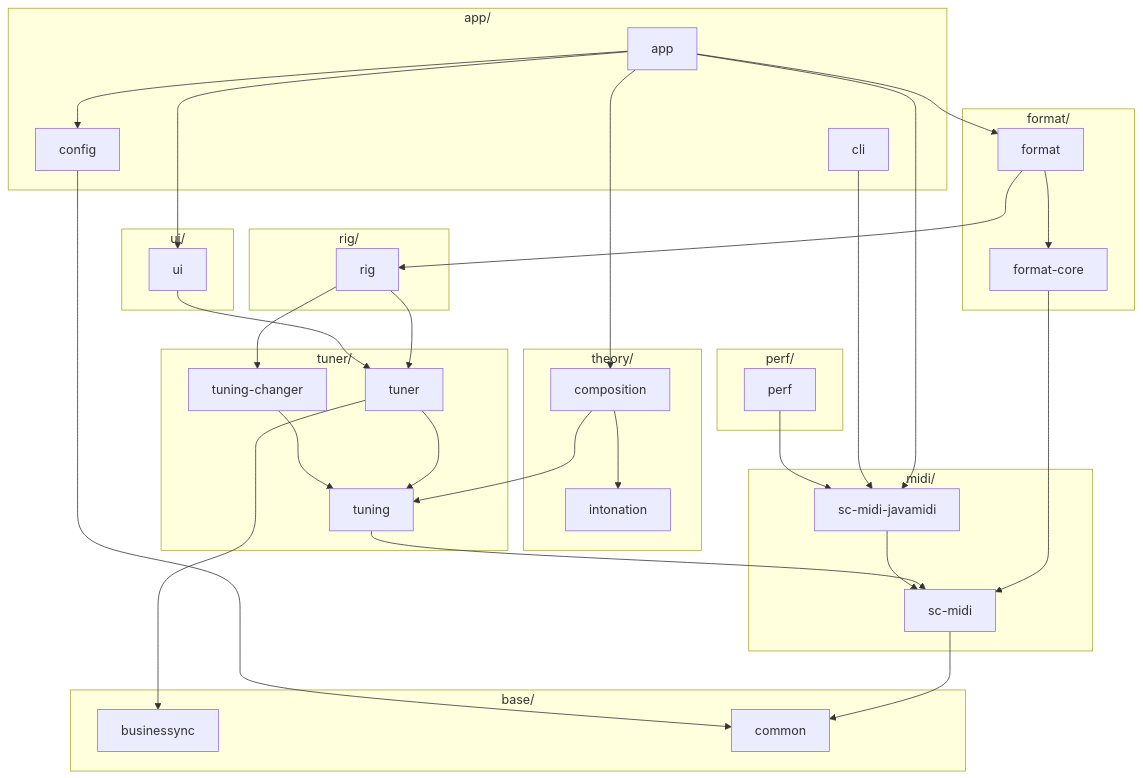
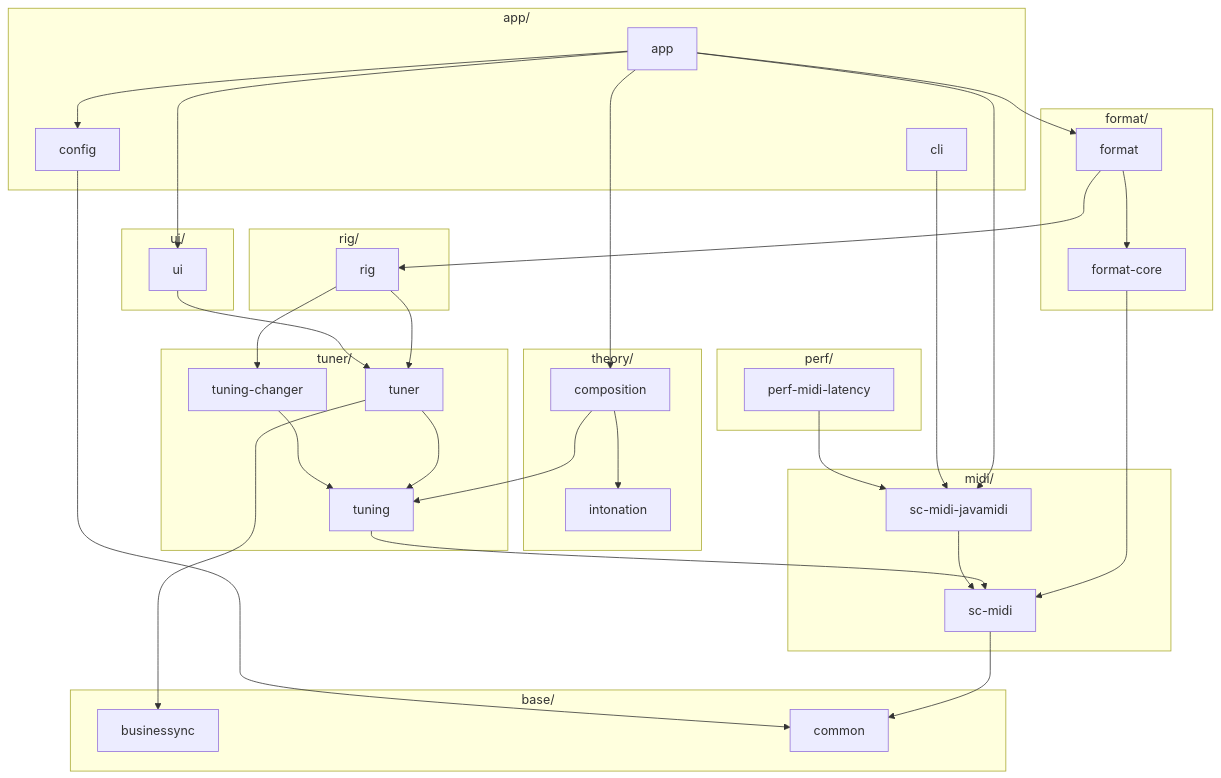
One commit to calinburloiu/microtonalist changed the diagram in docs/architecture/module-overview.md. Above: the diagram before and after it, drawn with Mermaid. The commit also changed other lines of this file and 168 other files, not shown here.

First line of the commit message:
[#394] Address the review: rename the module perf-midi-latency, name runs and keep raw samples

````diff
--- a/docs/architecture/module-overview.md
+++ b/docs/architecture/module-overview.md
@@ -52,52 +52,52 @@
 ```mermaid
 flowchart TD
   subgraph appGroup ["app/"]
     app
     config
     cli
   end
   subgraph perfGroup ["perf/"]
-    perf
+    perfMidiLatency["perf-midi-latency"]
   end
   subgraph uiGroup ["ui/"]
     ui
   end
   subgraph formatGroup ["format/"]
     format
     formatCore["format-core"]
   end
   subgraph rigGroup ["rig/"]
     rig
   end
   subgraph theoryGroup ["theory/"]
     composition
     intonation
   end
   subgraph tunerGroup ["tuner/"]
     tuner
     tuningChanger["tuning-changer"]
     tuning
   end
   subgraph midiGroup ["midi/"]
     scMidiJavamidi["sc-midi-javamidi"]
     scMidi["sc-midi"]
   end
   subgraph baseGroup ["base/"]
     businessync
     common
   end
   app --> config & ui & format & composition & scMidiJavamidi
   format --> formatCore & rig
   formatCore --> scMidi
   composition --> intonation & tuning
   rig --> tuner & tuningChanger
   ui --> tuner
   tuner --> tuning & businessync
   tuningChanger --> tuning
   tuning --> scMidi
   cli --> scMidiJavamidi
-  perf --> scMidiJavamidi
+  perfMidiLatency --> scMidiJavamidi
   scMidiJavamidi --> scMidi
   scMidi --> common
   config --> common
 ```
````
